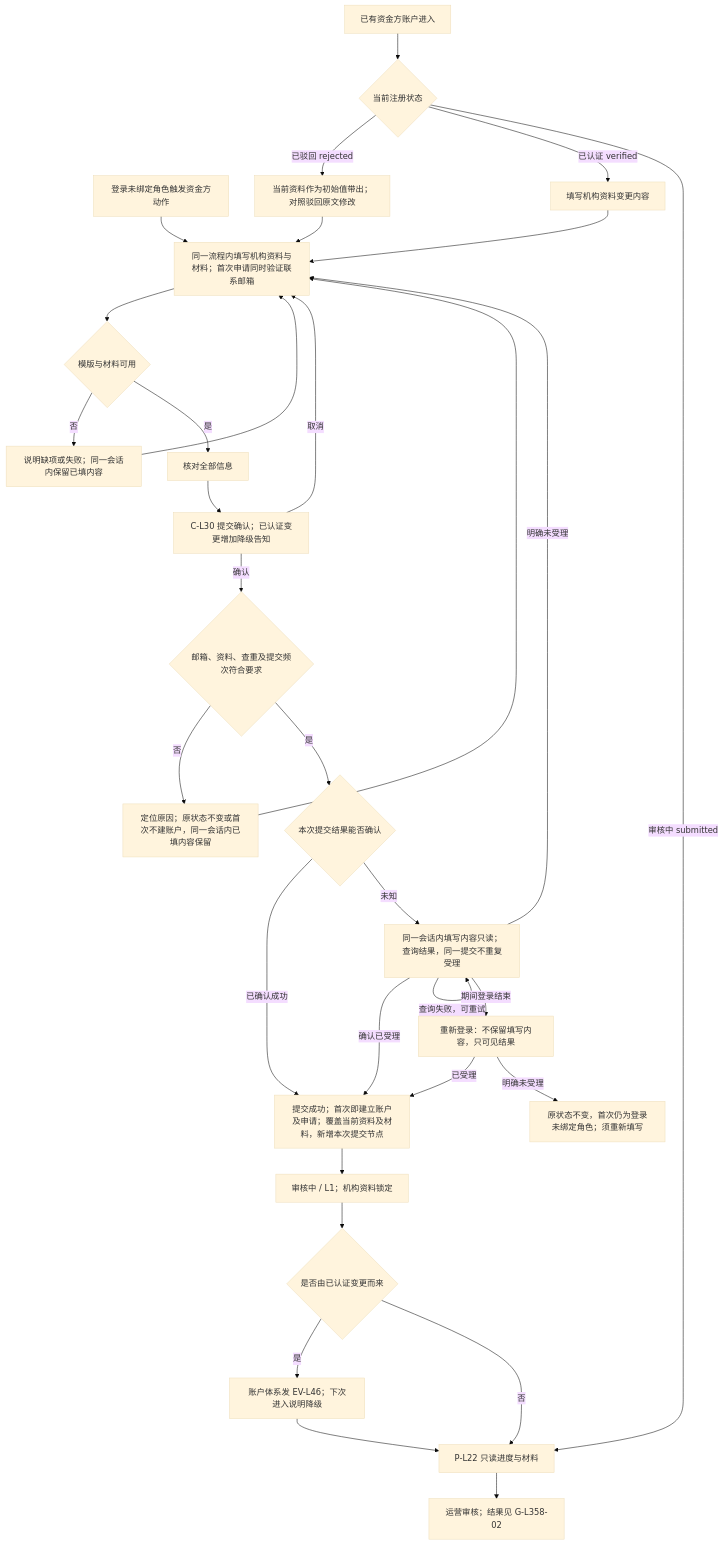
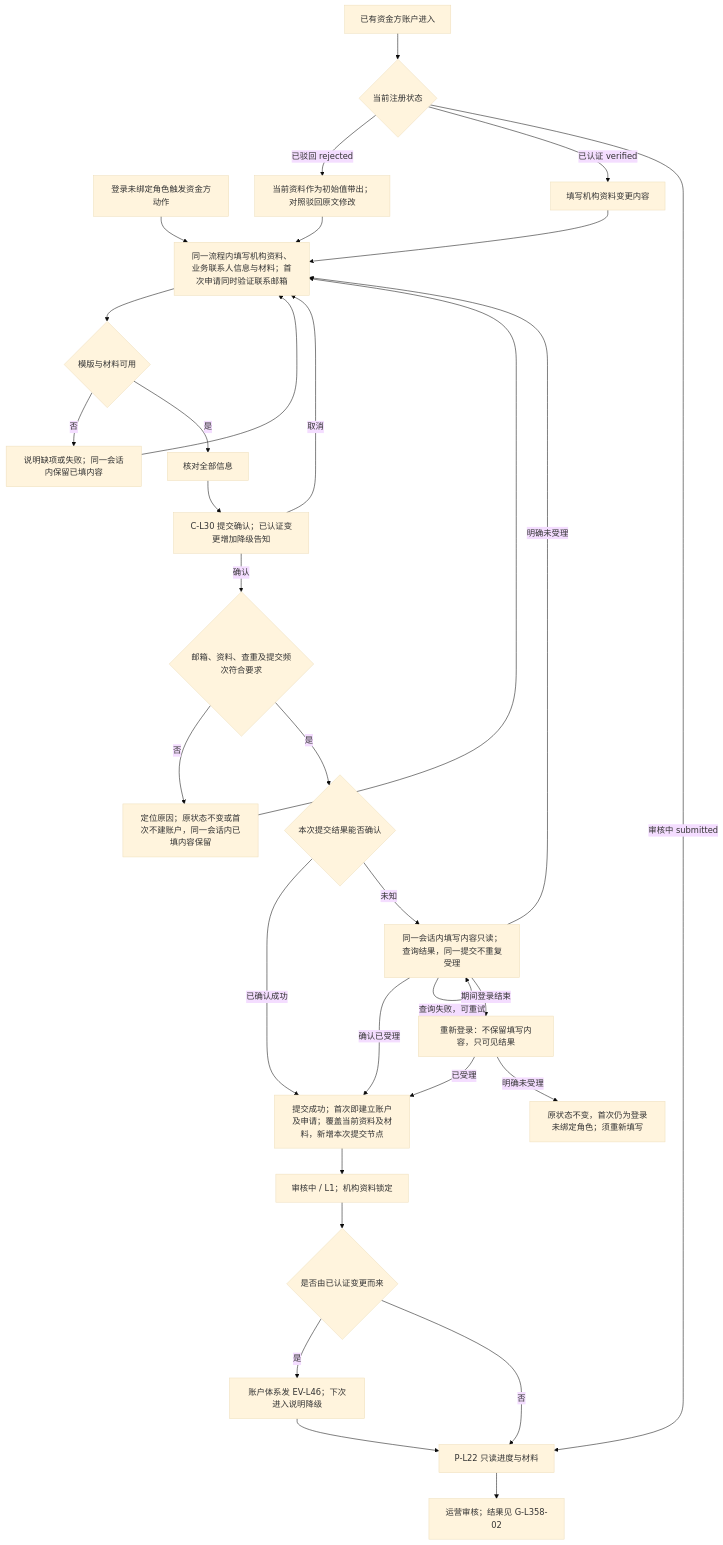
One commit to wxblockchain/Chain-Financing changed the first of 6 diagrams in lending-platform/PRD/运营端/05-资金方机构认证审核/02-资金方机构认证审核-流程图与状态机.md. Above: the diagram before and after it, drawn with Mermaid (base theme). The commit also changed other lines of this file and 21 other files, not shown here.

````diff
--- a/lending-platform/PRD/运营端/05-资金方机构认证审核/02-资金方机构认证审核-流程图与状态机.md
+++ b/lending-platform/PRD/运营端/05-资金方机构认证审核/02-资金方机构认证审核-流程图与状态机.md
@@ -21,34 +21,34 @@
 ```mermaid
 flowchart TD
-    A0[登录未绑定角色触发资金方动作] --> C[同一流程内填写机构资料与材料；首次申请同时验证联系邮箱]
+    A0[登录未绑定角色触发资金方动作] --> C[同一流程内填写机构资料、业务联系人信息与材料；首次申请同时验证联系邮箱]
     A[已有资金方账户进入] --> B{当前注册状态}
     B -->|已驳回 rejected| D[当前资料作为初始值带出；对照驳回原文修改]
     B -->|已认证 verified| E[填写机构资料变更内容]
     B -->|审核中 submitted| R[P-L22 只读进度与材料]
     D --> C
     E --> C
     C --> F{模版与材料可用}
     F -->|否| G[说明缺项或失败；同一会话内保留已填内容]
     G --> C
     F -->|是| H[核对全部信息]
     H --> I[C-L30 提交确认；已认证变更增加降级告知]
     I -->|取消| C
     I -->|确认| J{邮箱、资料、查重及提交频次符合要求}
     J -->|否| K[定位原因；原状态不变或首次不建账户，同一会话内已填内容保留]
     K --> C
     J -->|是| V{本次提交结果能否确认}
     V -->|已确认成功| L[提交成功；首次即建立账户及申请；覆盖当前资料及材料，新增本次提交节点]
     V -->|未知| W[同一会话内填写内容只读；查询结果，同一提交不重复受理]
     W -->|查询失败，可重试| W
     W -->|明确未受理| C
     W -->|确认已受理| L
     W -->|期间登录结束| X[重新登录：不保留填写内容，只可见结果]
     X -->|已受理| L
     X -->|明确未受理| Y[原状态不变，首次仍为登录未绑定角色；须重新填写]
     L --> M[审核中 / L1；机构资料锁定]
     M --> N{是否由已认证变更而来}
     N -->|是| O[账户体系发 EV-L46；下次进入说明降级]
     N -->|否| R
     O --> R
     R --> S[运营审核；结果见 G-L358-02]
 ```
````
